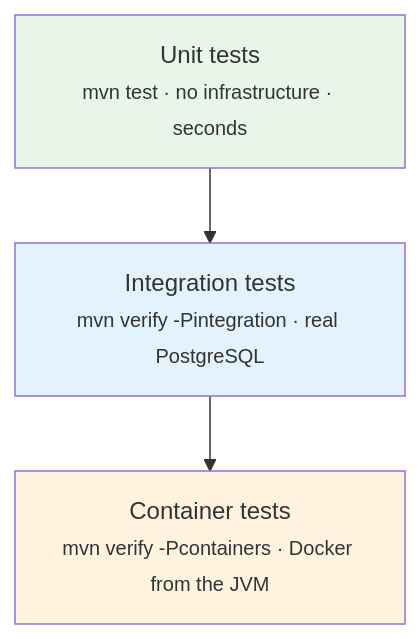
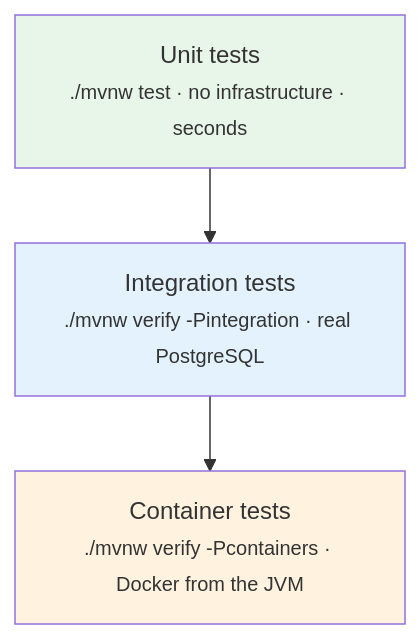
The diagram in docs/10-TESTING-AND-DEBUGGING.md (bhaveshbokde/finsight-financial-backend), drawn with Mermaid before and after one commit. The commit also changed other lines of this file and 21 other files, not shown here.

````diff
--- a/docs/10-TESTING-AND-DEBUGGING.md
+++ b/docs/10-TESTING-AND-DEBUGGING.md
@@ -9,10 +9,10 @@
 ```mermaid
 graph TB
-    A["Unit tests<br/><small>mvn test · no infrastructure · seconds</small>"]
-    B["Integration tests<br/><small>mvn verify -Pintegration · real PostgreSQL</small>"]
-    C["Container tests<br/><small>mvn verify -Pcontainers · Docker from the JVM</small>"]
+    A["Unit tests<br/><small>./mvnw test · no infrastructure · seconds</small>"]
+    B["Integration tests<br/><small>./mvnw verify -Pintegration · real PostgreSQL</small>"]
+    C["Container tests<br/><small>./mvnw verify -Pcontainers · Docker from the JVM</small>"]
     A --> B --> C
     style A fill:#e8f5e9
     style B fill:#e3f2fd
     style C fill:#fff3e0
 ```
````
